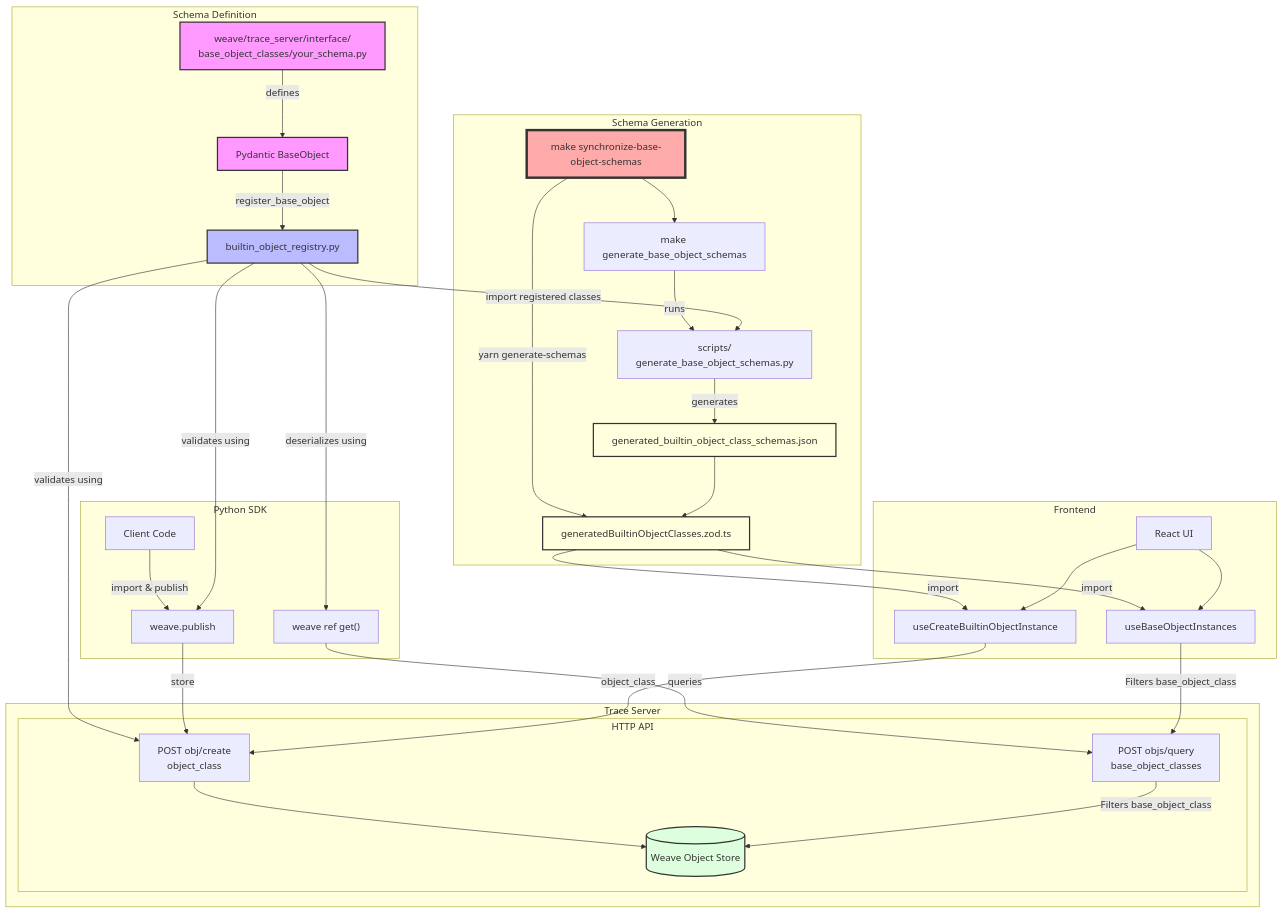
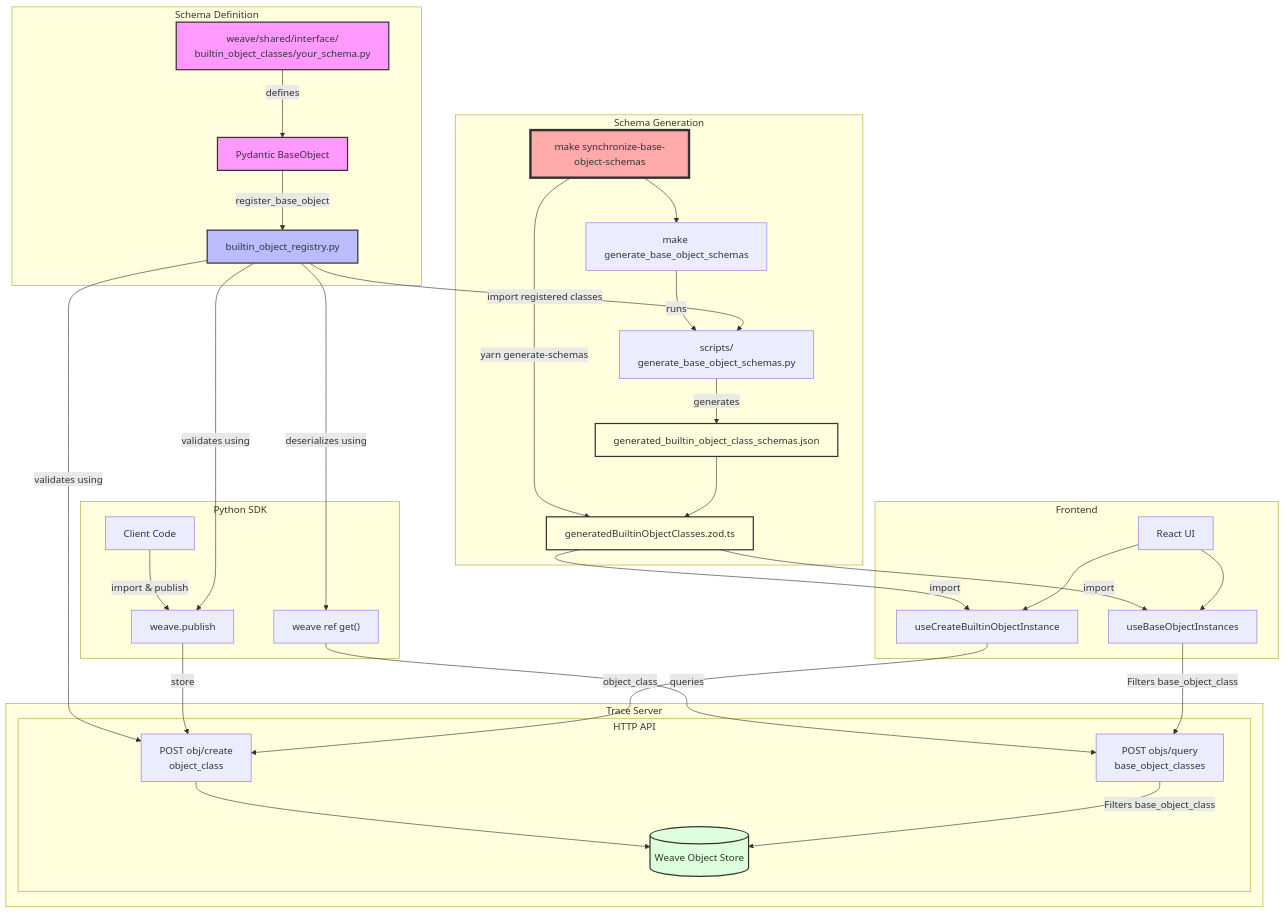
The diagram in dev_docs/BuiltinObjectClasses.md (wandb/weave), drawn with Mermaid before and after one commit. The commit also changed 1 other file, not shown here.

Commit message:
docs(weave): note leftover llm_structured_model coupling
The reverse-contract rows went away because the file left
weave.trace_server. It still imports the client from weave.shared.
The authoring diagram now points at the new path.

````diff
--- a/dev_docs/BuiltinObjectClasses.md
+++ b/dev_docs/BuiltinObjectClasses.md
@@ -177,49 +177,49 @@
 ```mermaid
 graph TD
     subgraph Schema Definition
-        F["weave/trace_server/interface/<br>base_object_classes/your_schema.py"] --> |defines| P[Pydantic BaseObject]
+        F["weave/shared/interface/<br>builtin_object_classes/your_schema.py"] --> |defines| P[Pydantic BaseObject]
         P --> |register_base_object| R["builtin_object_registry.py"]
     end
 
     subgraph Schema Generation
         M["make synchronize-base-object-schemas"] --> G["make generate_base_object_schemas"]
         G --> |runs| S["scripts/<br>generate_base_object_schemas.py"]
         R --> |import registered classes| S
         S --> |generates| J["generated_builtin_object_class_schemas.json"]
         M --> |yarn generate-schemas| Z["generatedBuiltinObjectClasses.zod.ts"]
         J --> Z
     end
 
     subgraph "Trace Server"
         subgraph "HTTP API"
             R --> |validates using| HW["POST obj/create<br>object_class"]
             HW --> DB[(Weave Object Store)]
             HR["POST objs/query<br>base_object_classes"] --> |Filters base_object_class| DB
         end
     end
 
     subgraph "Python SDK"
         PW[Client Code] --> |import & publish| W[weave.publish]
         W --> |store| HW
         R --> |validates using| W
         PR["weave ref get()"] --> |queries| HR
         R --> |deserializes using| PR
     end
 
     subgraph "Frontend"
         Z --> |import| UBI["useBaseObjectInstances"]
         Z --> |import| UCI["useCreateBuiltinObjectInstance"]
         UBI --> |Filters base_object_class| HR
         UCI --> |object_class| HW
         UI[React UI] --> UBI
         UI --> UCI
     end
 
     style F fill:#f9f,stroke:#333,stroke-width:2px
     style P fill:#f9f,stroke:#333,stroke-width:2px
     style R fill:#bbf,stroke:#333,stroke-width:2px
     style DB fill:#dfd,stroke:#333,stroke-width:2px
     style J fill:#ffd,stroke:#333,stroke-width:2px
     style Z fill:#ffd,stroke:#333,stroke-width:2px
     style M fill:#faa,stroke:#333,stroke-width:4px
 ```
````
